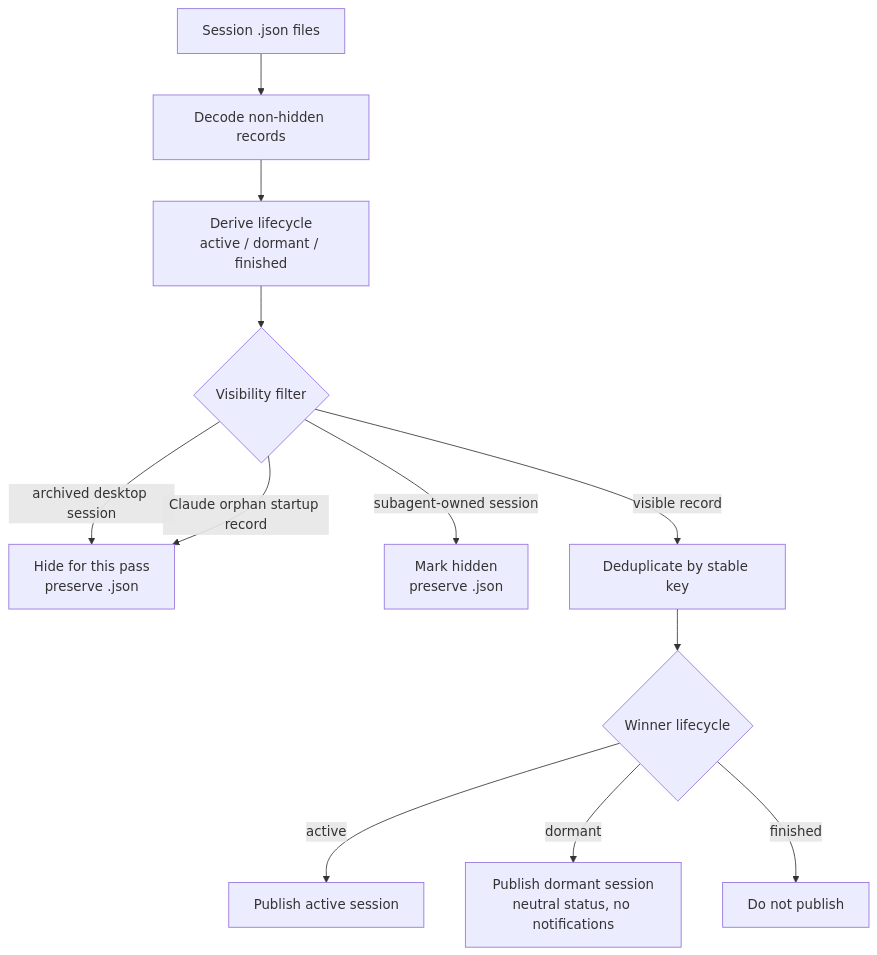
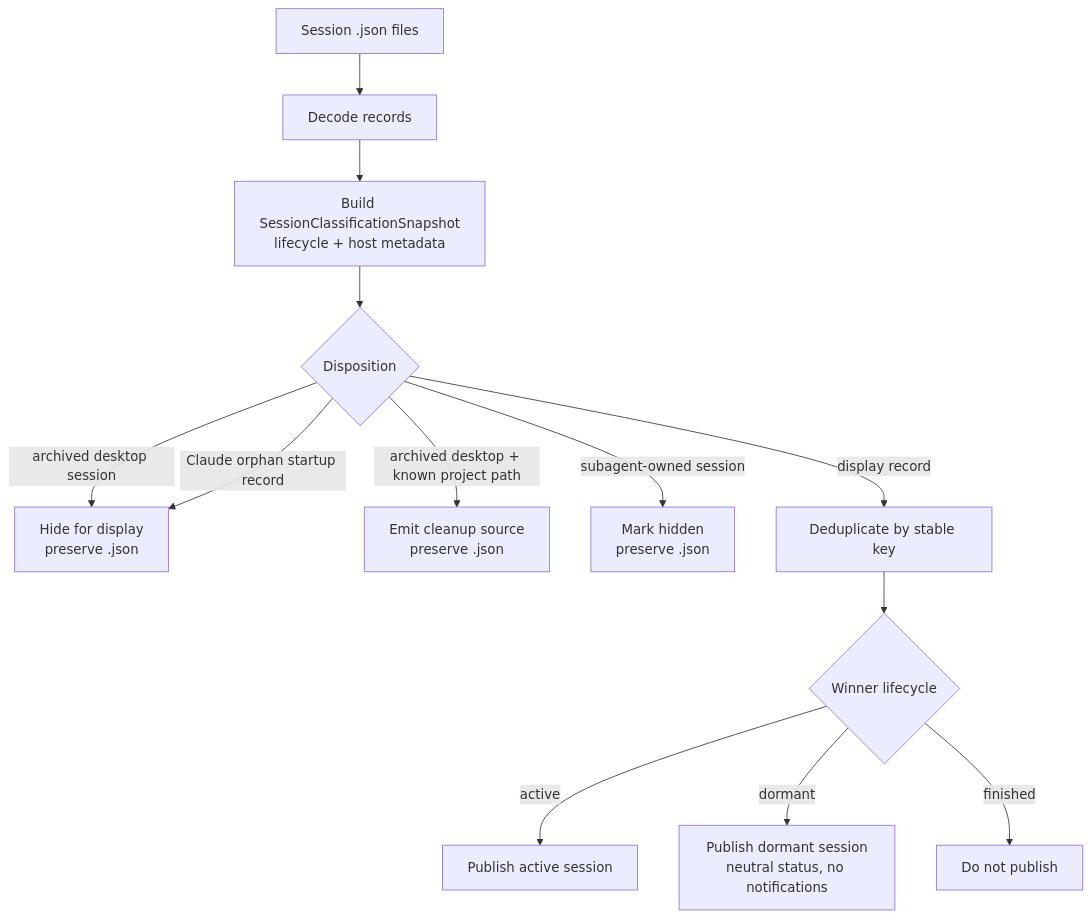
One commit to tnagatomi/cctop changed the first of 3 diagrams in docs/session-lifecycle.md. Above: the diagram before and after it, drawn with Mermaid. The commit also changed other lines of this file and 12 other files, not shown here.

First line of the commit message:
Unify session classification state (#198)

````diff
--- a/docs/session-lifecycle.md
+++ b/docs/session-lifecycle.md
@@ -18,16 +18,17 @@
 ```mermaid
 flowchart TD
-    A["Session .json files"] --> B["Decode non-hidden records"]
-    B --> C["Derive lifecycle<br/>active / dormant / finished"]
-    C --> D{"Visibility filter"}
+    A["Session .json files"] --> B["Decode records"]
+    B --> C["Build SessionClassificationSnapshot<br/>lifecycle + host metadata"]
+    C --> D{"Disposition"}
 
-    D -->|"archived desktop session"| E["Hide for this pass<br/>preserve .json"]
+    D -->|"archived desktop session"| E["Hide for display<br/>preserve .json"]
+    D -->|"archived desktop + known project path"| L["Emit cleanup source<br/>preserve .json"]
     D -->|"subagent-owned session"| K["Mark hidden<br/>preserve .json"]
     D -->|"Claude orphan startup record"| E
-    D -->|"visible record"| F["Deduplicate by stable key"]
+    D -->|"display record"| F["Deduplicate by stable key"]
 
     F --> G{"Winner lifecycle"}
     G -->|active| H["Publish active session"]
     G -->|dormant| I["Publish dormant session<br/>neutral status, no notifications"]
     G -->|finished| J["Do not publish"]
 ```
````
